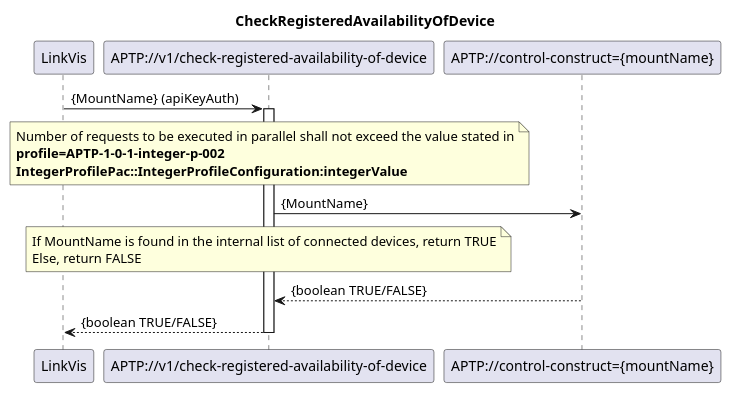
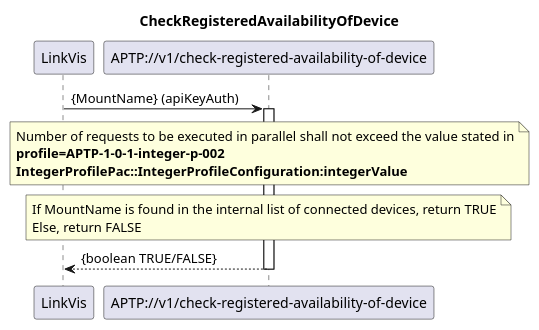
The diagram in spec/diagrams/CheckRegisteredAvailabilityOfDevice/CheckRegisteredAvailabilityOfDevice.plantuml (openBackhaul/AccessPlanningToolProxy), drawn with PlantUML before and after one commit. The commit also changed 2 other files, not shown here.

Commit message:
Correct diagrams for connected devices

```diff
--- a/spec/diagrams/CheckRegisteredAvailabilityOfDevice/CheckRegisteredAvailabilityOfDevice.plantuml
+++ b/spec/diagrams/CheckRegisteredAvailabilityOfDevice/CheckRegisteredAvailabilityOfDevice.plantuml
@@ -1,36 +1,36 @@
 @startuml CheckRegisteredAvailabilityOfDevice
 skinparam responseMessageBelowArrow true
 
 title
 CheckRegisteredAvailabilityOfDevice
 end title
 
 participant "LinkVis" as LinkVis
 participant "APTP://v1/check-registered-availability-of-device" as DeviceAvailableCheck
-participant "APTP://control-construct={mountName}" as InternalList
+
 
 
 LinkVis -> DeviceAvailableCheck: {MountName} (apiKeyAuth)
 
 note over DeviceAvailableCheck
 Number of requests to be executed in parallel shall not exceed the value stated in
 <b>profile=APTP-1-0-1-integer-p-002</b>
 <b>IntegerProfilePac::IntegerProfileConfiguration:integerValue</b>
 end note
 
 activate DeviceAvailableCheck
 
 
-DeviceAvailableCheck -> InternalList: {MountName}
+
 
 note over DeviceAvailableCheck
 If MountName is found in the internal list of connected devices, return TRUE
 Else, return FALSE
 end note
 
-InternalList --> DeviceAvailableCheck: {boolean TRUE/FALSE}
+
 DeviceAvailableCheck --> LinkVis: {boolean TRUE/FALSE}
 
 deactivate DeviceAvailableCheck
 
 @enduml
```
